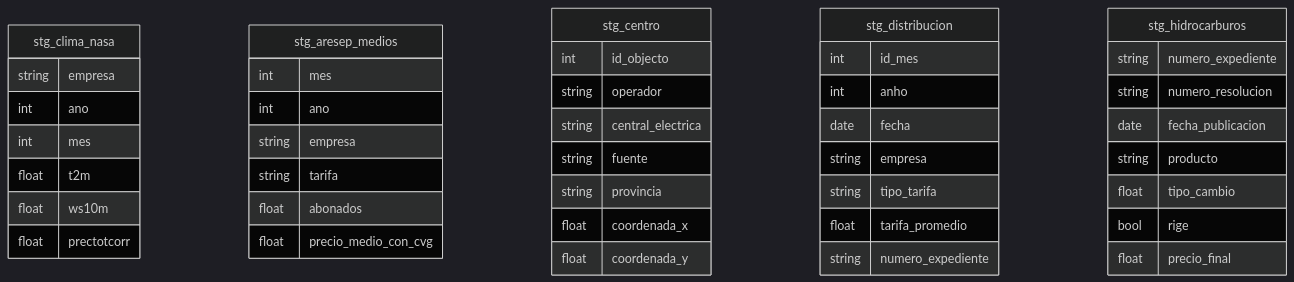
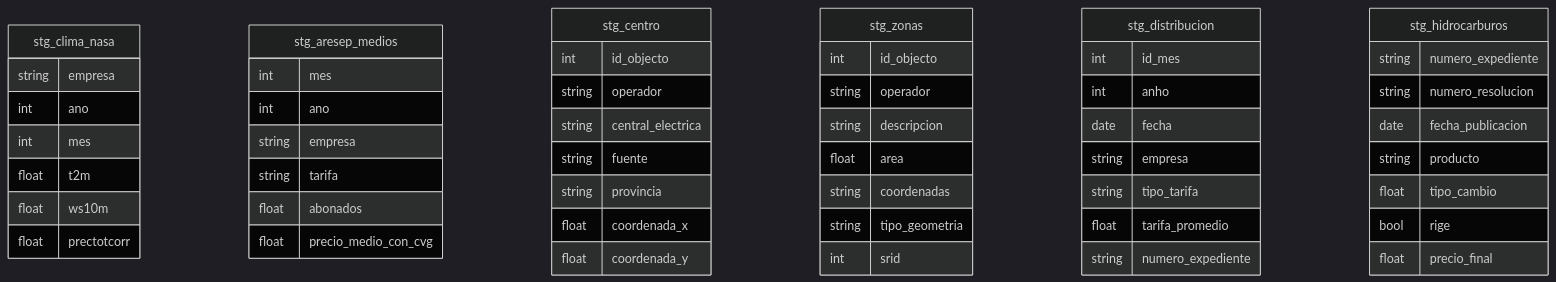
The fourth of 5 diagrams in README.md (DiegoMonteroCRC/Prediccion_Consumo_Energia_Costa_Rica), drawn with Mermaid (dark theme) before and after one commit. The commit also changed other lines of this file and 16 other files, not shown here.

First line of the commit message:
docs/Se actualiza el README con diagramas del DW y estructura ETL vigente

````diff
--- a/README.md
+++ b/README.md
@@ -337,50 +355,60 @@
 ```mermaid
 erDiagram
     stg_clima_nasa {
         string empresa
         int ano
         int mes
         float t2m
         float ws10m
         float prectotcorr
     }
 
     stg_aresep_medios {
         int mes
         int ano
         string empresa
         string tarifa
         float abonados
         float precio_medio_con_cvg
     }
 
     stg_centro {
         int id_objecto
         string operador
         string central_electrica
         string fuente
         string provincia
         float coordenada_x
         float coordenada_y
     }
 
+    stg_zonas {
+        int id_objecto
+        string operador
+        string descripcion
+        float area
+        string coordenadas
+        string tipo_geometria
+        int srid
+    }
+
     stg_distribucion {
         int id_mes
         int anho
         date fecha
         string empresa
         string tipo_tarifa
         float tarifa_promedio
         string numero_expediente
     }
 
     stg_hidrocarburos {
         string numero_expediente
         string numero_resolucion
         date fecha_publicacion
         string producto
         float tipo_cambio
         bool rige
         float precio_final
     }
 ```
````
